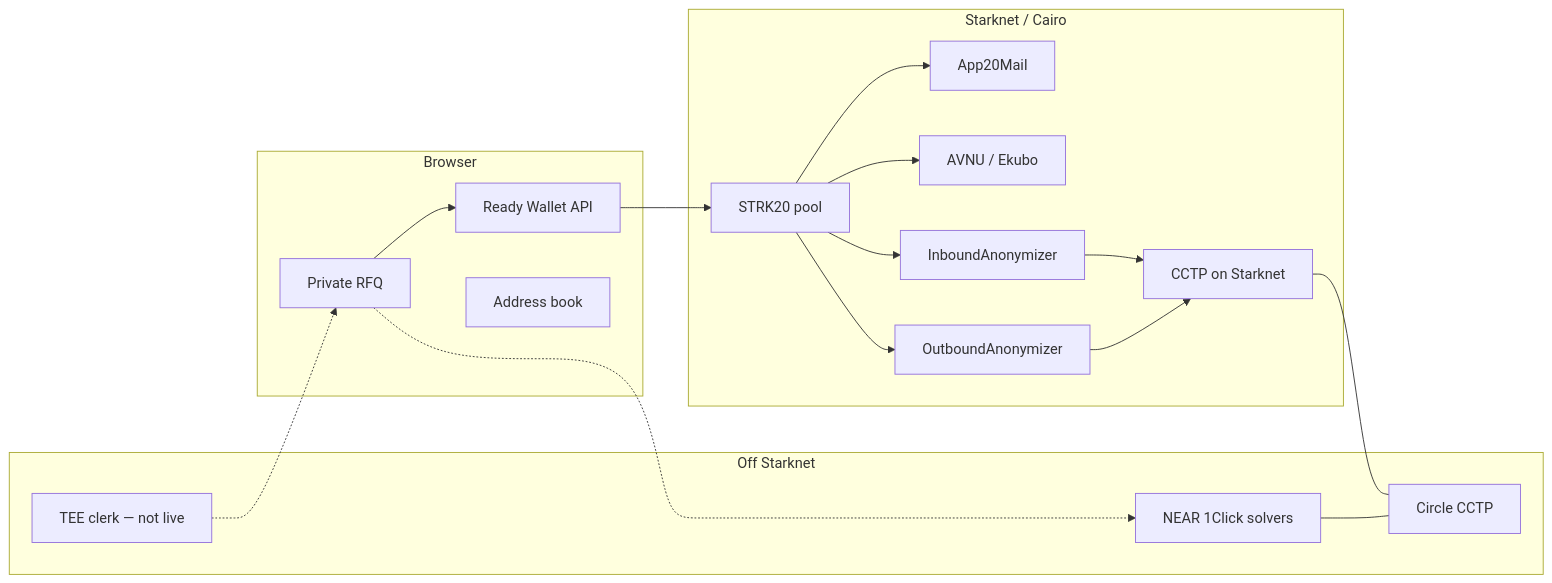
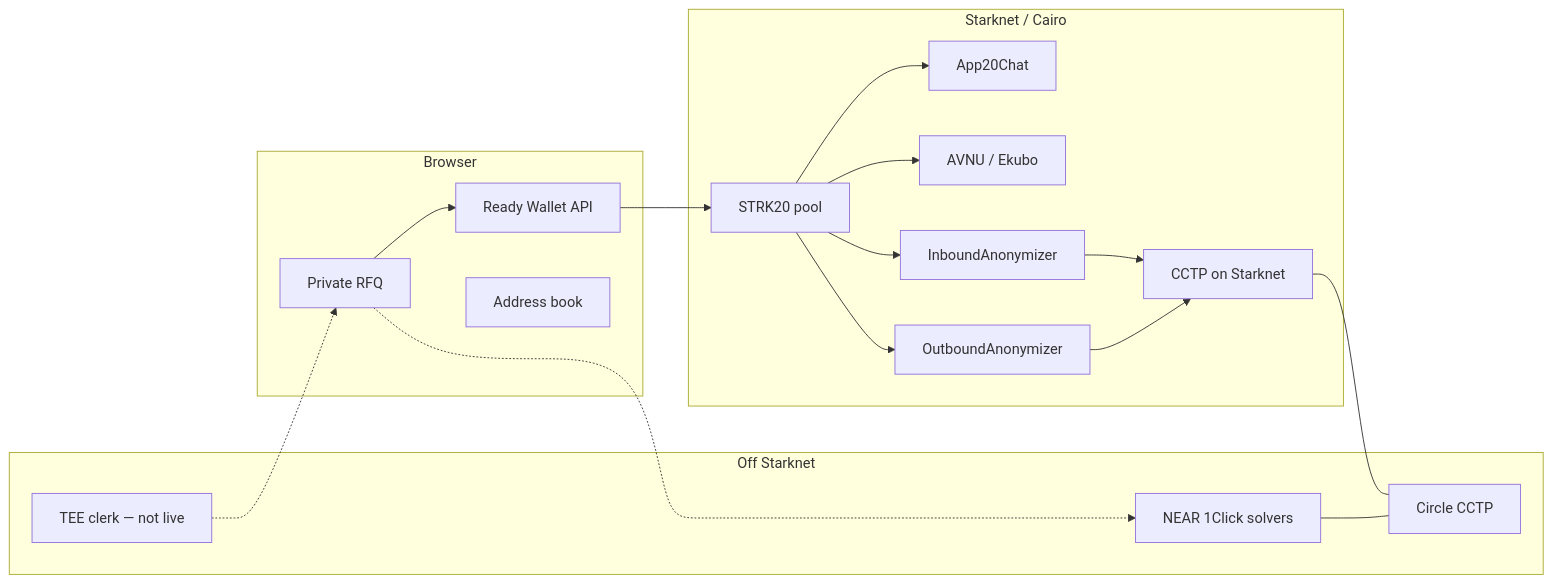
Before and after one commit to gstohl/app20: the first of 10 diagrams in docs/APP20_SWAP_FLOWS.md, drawn with Mermaid. The commit also changed 69 other files, not shown here.

Commit message:
Polish Chat UX and recovery and rename messaging contract to App20Chat

````diff
--- a/docs/APP20_SWAP_FLOWS.md
+++ b/docs/APP20_SWAP_FLOWS.md
@@ -17,36 +17,36 @@
 ```mermaid
 flowchart LR
   subgraph User["Browser"]
     Ready[Ready Wallet API]
     Book[Address book]
     Desk[Private RFQ]
   end
 
   subgraph Starknet["Starknet / Cairo"]
     Pool[STRK20 pool]
-    Mail[App20Mail]
+    Mail[App20Chat]
     Avnu[AVNU / Ekubo]
     Inb[InboundAnonymizer]
     Out[OutboundAnonymizer]
     CctpSn[CCTP on Starknet]
   end
 
   subgraph Off["Off Starknet"]
     OneClick[NEAR 1Click solvers]
     Circle[Circle CCTP]
     Tee[TEE clerk — not live]
   end
 
   Desk --> Ready
   Ready --> Pool
   Pool --> Mail
   Pool --> Avnu
   Pool --> Inb
   Pool --> Out
   Inb --> CctpSn
   Out --> CctpSn
   CctpSn --- Circle
   OneClick --- Circle
   Desk -.-> OneClick
   Tee -.-> Desk
 ```
````
